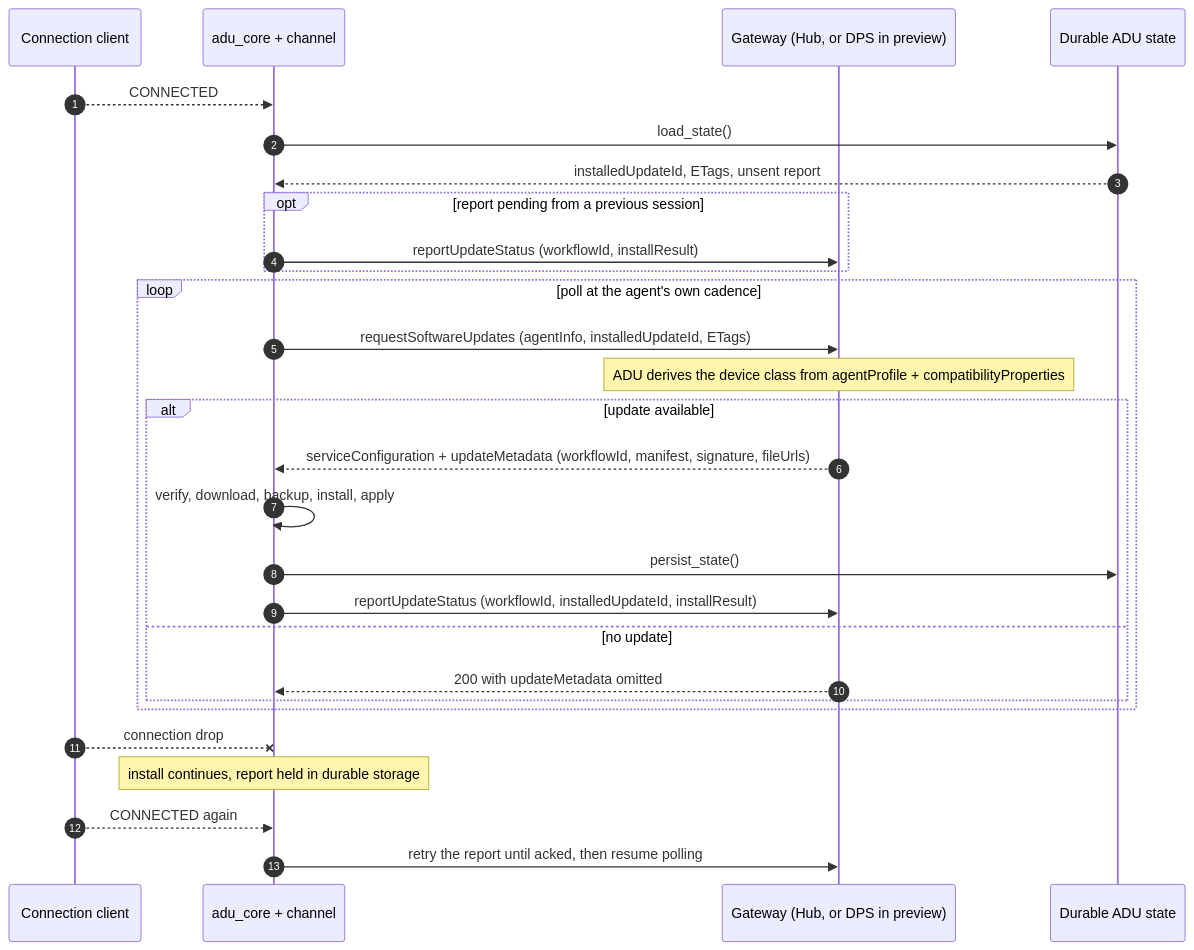
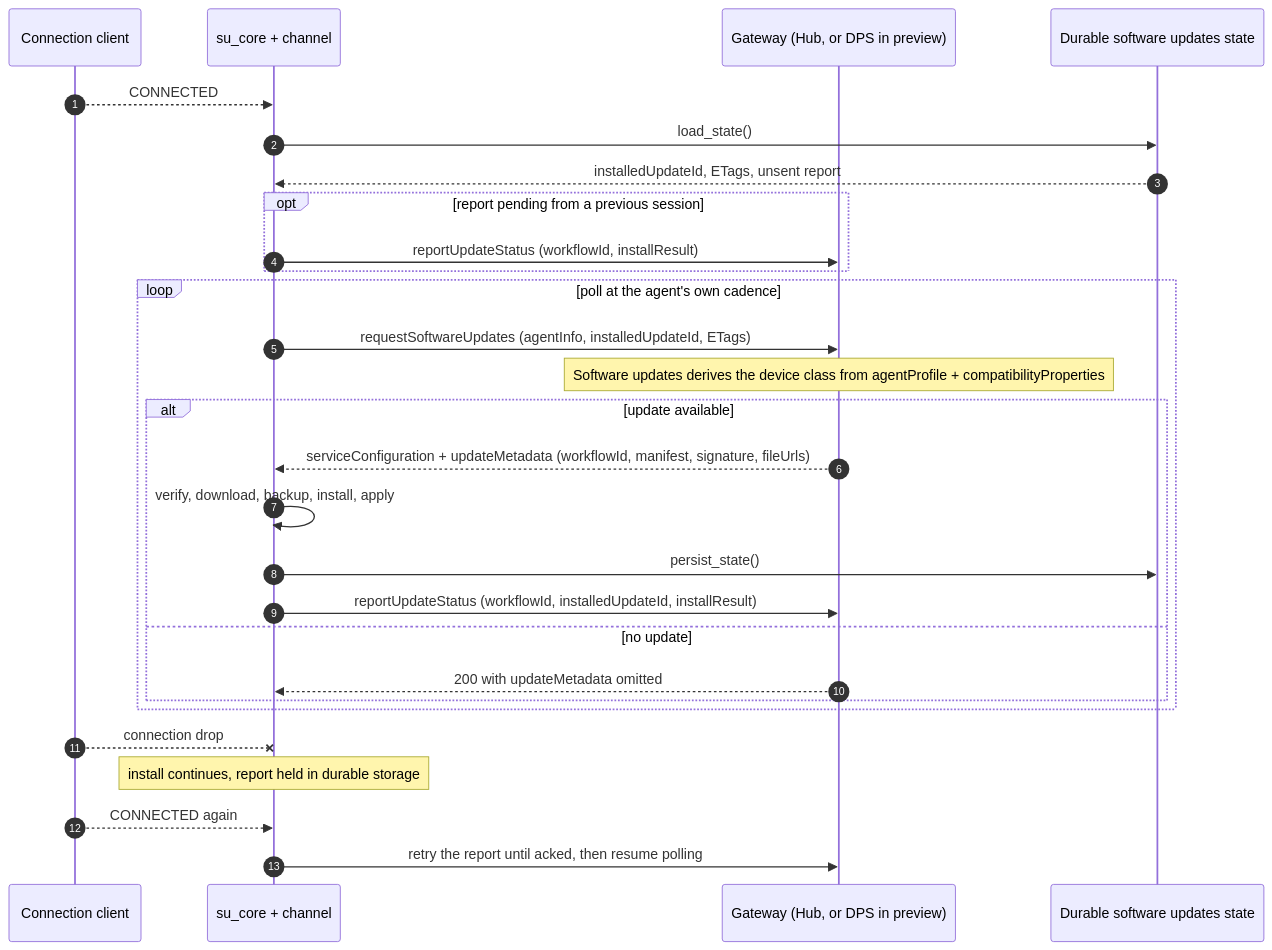
The eighth of 9 diagrams in c/docs/connection.md (Azure/azure-iot-sdk), drawn with Mermaid before and after one commit. The commit also changed other lines of this file and 144 other files, not shown here.

First line of the commit message:
C: rename ADU to software updates (su)

````diff
--- a/c/docs/connection.md
+++ b/c/docs/connection.md
@@ -556,33 +556,33 @@
 ```mermaid
 sequenceDiagram
     autonumber
     participant Conn as Connection client
-    participant ADU as adu_core + channel
+    participant SU as su_core + channel
     participant GW as Gateway (Hub, or DPS in preview)
-    participant Store as Durable ADU state
+    participant Store as Durable software updates state
 
-    Conn-->>ADU: CONNECTED
-    ADU->>Store: load_state()
-    Store-->>ADU: installedUpdateId, ETags, unsent report
+    Conn-->>SU: CONNECTED
+    SU->>Store: load_state()
+    Store-->>SU: installedUpdateId, ETags, unsent report
     opt report pending from a previous session
-        ADU->>GW: reportUpdateStatus (workflowId, installResult)
+        SU->>GW: reportUpdateStatus (workflowId, installResult)
     end
 
     loop poll at the agent's own cadence
-        ADU->>GW: requestSoftwareUpdates (agentInfo, installedUpdateId, ETags)
-        Note over GW: ADU derives the device class from agentProfile + compatibilityProperties
+        SU->>GW: requestSoftwareUpdates (agentInfo, installedUpdateId, ETags)
+        Note over GW: Software updates derives the device class from agentProfile + compatibilityProperties
         alt update available
-            GW-->>ADU: serviceConfiguration + updateMetadata (workflowId, manifest, signature, fileUrls)
-            ADU->>ADU: verify, download, backup, install, apply
-            ADU->>Store: persist_state()
-            ADU->>GW: reportUpdateStatus (workflowId, installedUpdateId, installResult)
+            GW-->>SU: serviceConfiguration + updateMetadata (workflowId, manifest, signature, fileUrls)
+            SU->>SU: verify, download, backup, install, apply
+            SU->>Store: persist_state()
+            SU->>GW: reportUpdateStatus (workflowId, installedUpdateId, installResult)
         else no update
-            GW-->>ADU: 200 with updateMetadata omitted
+            GW-->>SU: 200 with updateMetadata omitted
         end
     end
 
-    Conn--xADU: connection drop
-    Note over ADU: install continues, report held in durable storage
-    Conn-->>ADU: CONNECTED again
-    ADU->>GW: retry the report until acked, then resume polling
+    Conn--xSU: connection drop
+    Note over SU: install continues, report held in durable storage
+    Conn-->>SU: CONNECTED again
+    SU->>GW: retry the report until acked, then resume polling
 ```
````
